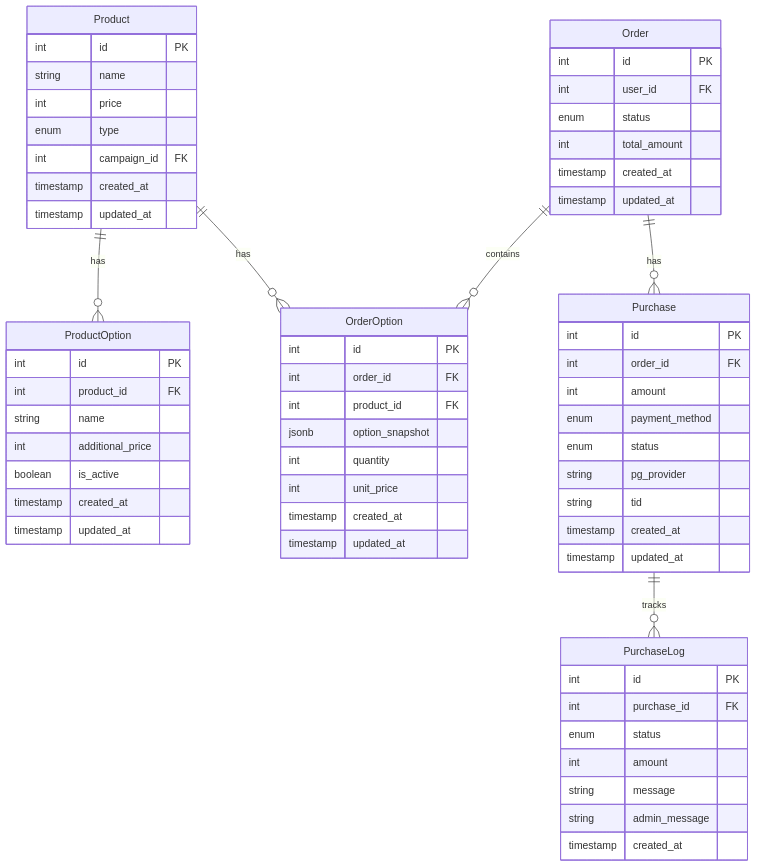
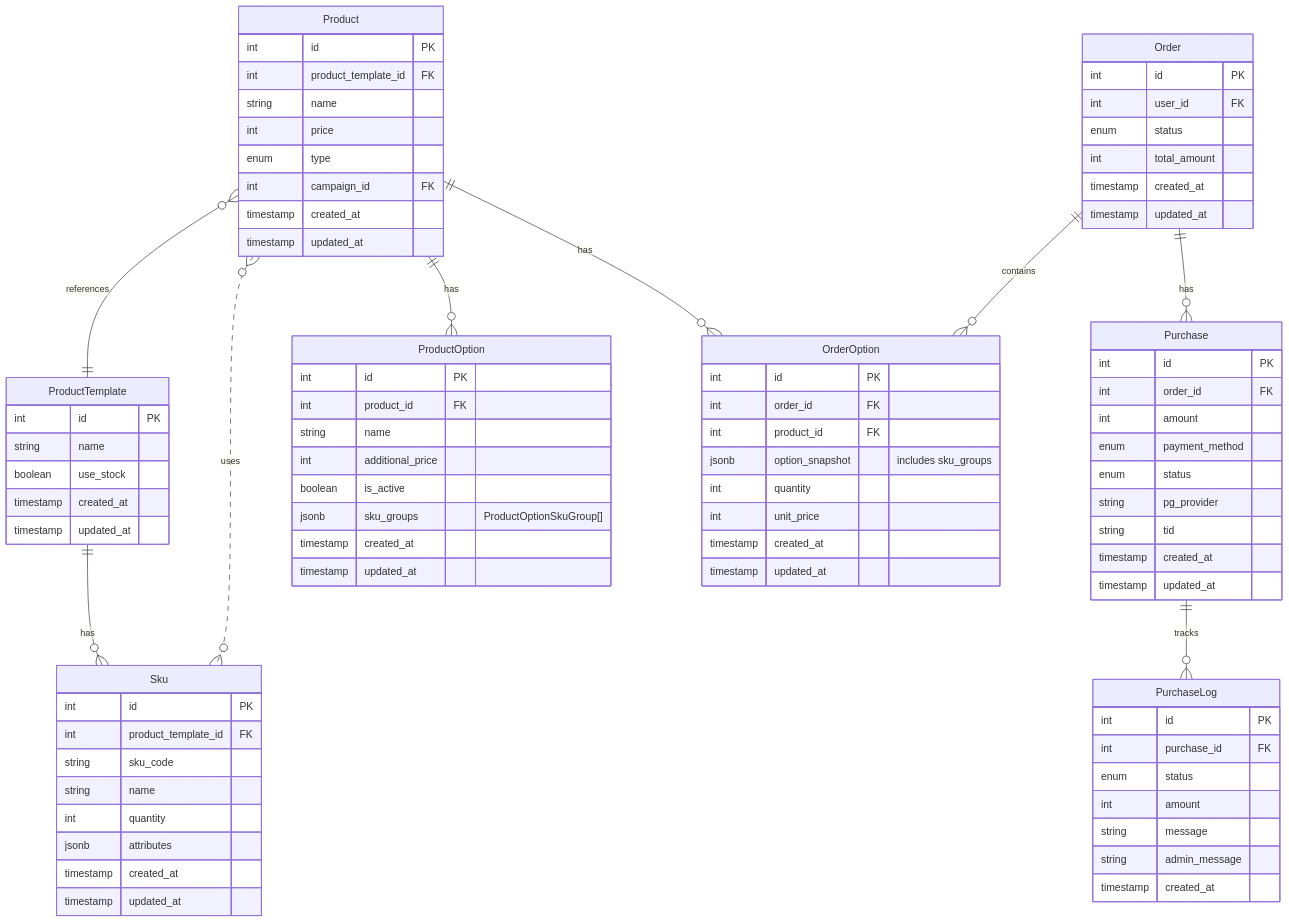
Before and after one commit to yestravelkr/yestravel: the diagram in docs/payment-order.md, drawn with Mermaid. The commit also changed other lines of this file and 5 other files, not shown here.

First line of the commit message:
Sku 엔티티 및 option-selector 통합 (#88)

````diff
--- a/docs/payment-order.md
+++ b/docs/payment-order.md
@@ -17,13 +17,36 @@
 ```mermaid
 erDiagram
+    ProductTemplate ||--o{ Sku : "has"
+    Product }o--|| ProductTemplate : "references"
+    Product }o..o{ Sku : "uses"
     Product ||--o{ ProductOption : "has"
     Product ||--o{ OrderOption : "has"
     Order ||--o{ OrderOption : "contains"
     Order ||--o{ Purchase : "has"
     Purchase ||--o{ PurchaseLog : "tracks"
 
+    ProductTemplate {
+        int id PK
+        string name
+        boolean use_stock
+        timestamp created_at
+        timestamp updated_at
+    }
+
+    Sku {
+        int id PK
+        int product_template_id FK
+        string sku_code
+        string name
+        int quantity
+        jsonb attributes
+        timestamp created_at
+        timestamp updated_at
+    }
+
     Product {
         int id PK
+        int product_template_id FK
         string name
         int price
         enum type
@@ -38,6 +61,7 @@
         string name
         int additional_price
         boolean is_active
+        jsonb sku_groups "ProductOptionSkuGroup[]"
         timestamp created_at
         timestamp updated_at
     }
@@ -55,7 +79,7 @@
         int id PK
         int order_id FK
         int product_id FK
-        jsonb option_snapshot
+        jsonb option_snapshot "includes sku_groups"
         int quantity
         int unit_price
         timestamp created_at
````
